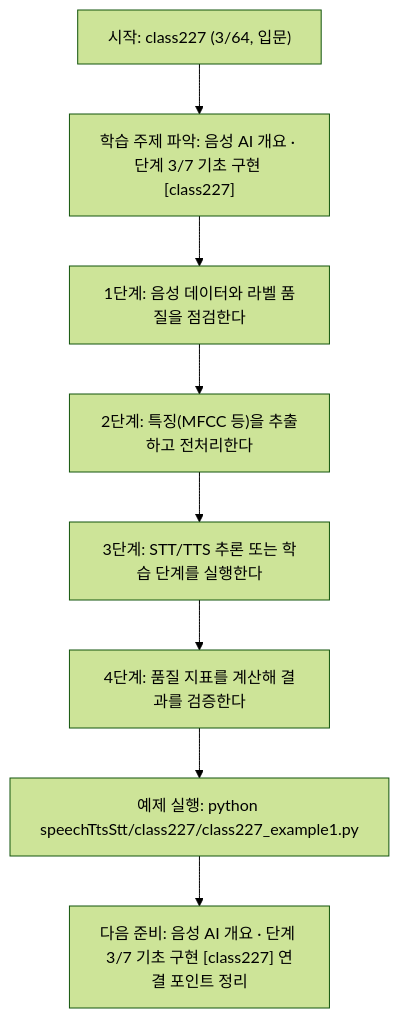
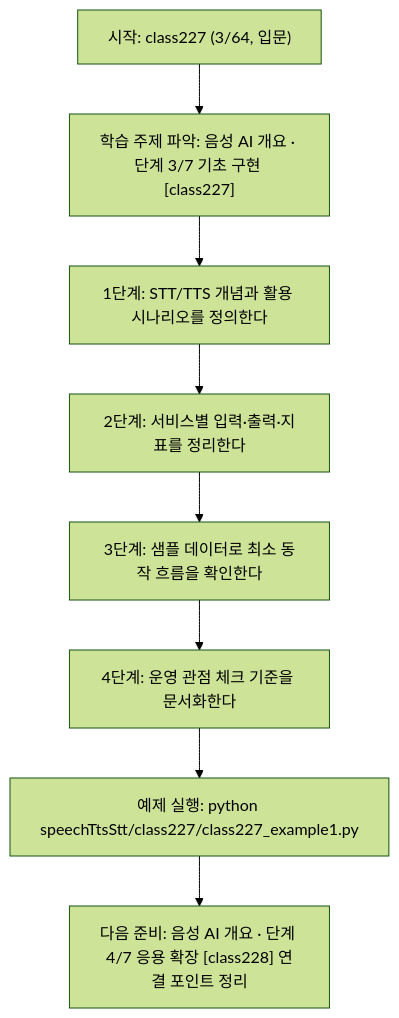
Before and after one commit to edumgt/Python-AI_Agent-Class: the diagram in speechTtsStt/class227/class227.md, drawn with Mermaid (forest theme). The commit also changed other lines of this file and 1122 other files, not shown here.

````diff
--- a/speechTtsStt/class227/class227.md
+++ b/speechTtsStt/class227/class227.md
@@ -114,18 +95,18 @@
 ```mermaid
 flowchart TD
 N1["시작: class227 (3/64, 입문)"]
 N2["학습 주제 파악: 음성 AI 개요 · 단계 3/7 기초 구현 [class227]"]
-N3["1단계: 음성 데이터와 라벨 품질을 점검한다"]
-N4["2단계: 특징(MFCC 등)을 추출하고 전처리한다"]
-N5["3단계: STT/TTS 추론 또는 학습 단계를 실행한다"]
-N6["4단계: 품질 지표를 계산해 결과를 검증한다"]
+N3["1단계: STT/TTS 개념과 활용 시나리오를 정의한다"]
+N4["2단계: 서비스별 입력·출력·지표를 정리한다"]
+N5["3단계: 샘플 데이터로 최소 동작 흐름을 확인한다"]
+N6["4단계: 운영 관점 체크 기준을 문서화한다"]
 N7["예제 실행: python speechTtsStt/class227/class227_example1.py"]
-N8["다음 준비: 음성 AI 개요 · 단계 3/7 기초 구현 [class227] 연결 포인트 정리"]
+N8["다음 준비: 음성 AI 개요 · 단계 4/7 응용 확장 [class228] 연결 포인트 정리"]
 N1 --> N2
 N2 --> N3
 N3 --> N4
 N4 --> N5
 N5 --> N6
 N6 --> N7
 N7 --> N8
 ```
````
